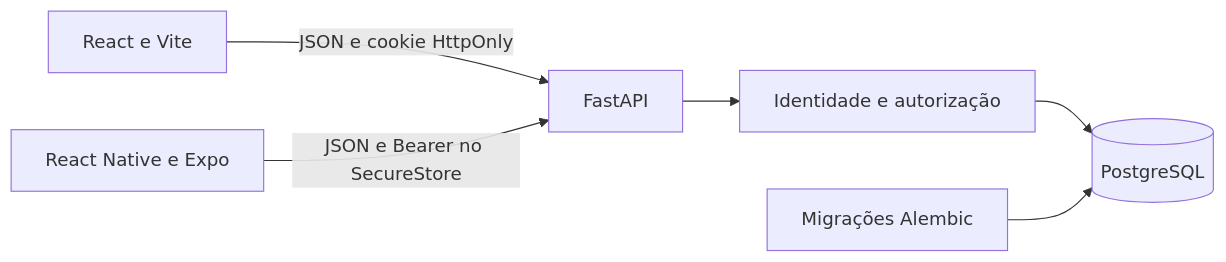
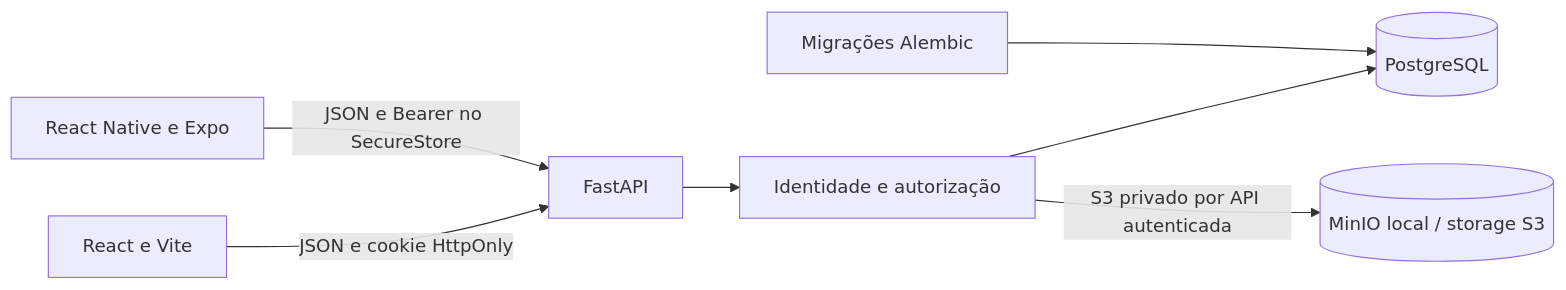
One commit to davicl04/arena changed the first of 2 diagrams in docs/diagramas/fundacao.md. Above: the diagram before and after it, drawn with Mermaid. The commit also changed other lines of this file and 37 other files, not shown here.

Commit message:
feat: adicionar avatar privado com MinIO

````diff
--- a/docs/diagramas/fundacao.md
+++ b/docs/diagramas/fundacao.md
@@ -5,8 +5,9 @@
 ```mermaid
 flowchart LR
     Web[React e Vite] -->|JSON e cookie HttpOnly| API[FastAPI]
     Mobile[React Native e Expo] -->|JSON e Bearer no SecureStore| API
     API --> Services[Identidade e autorização]
     Services --> DB[(PostgreSQL)]
+    Services -->|S3 privado por API autenticada| Media[(MinIO local / storage S3)]
     Alembic[Migrações Alembic] --> DB
 ```
````
